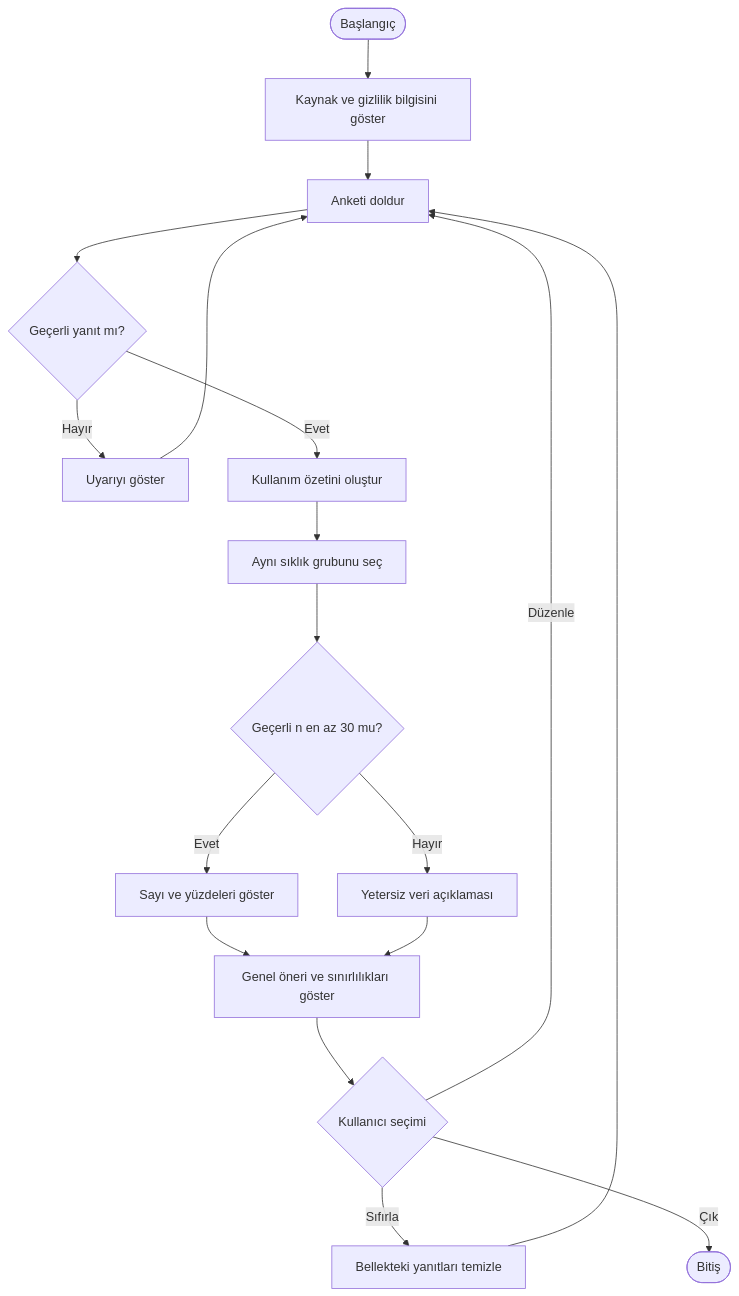
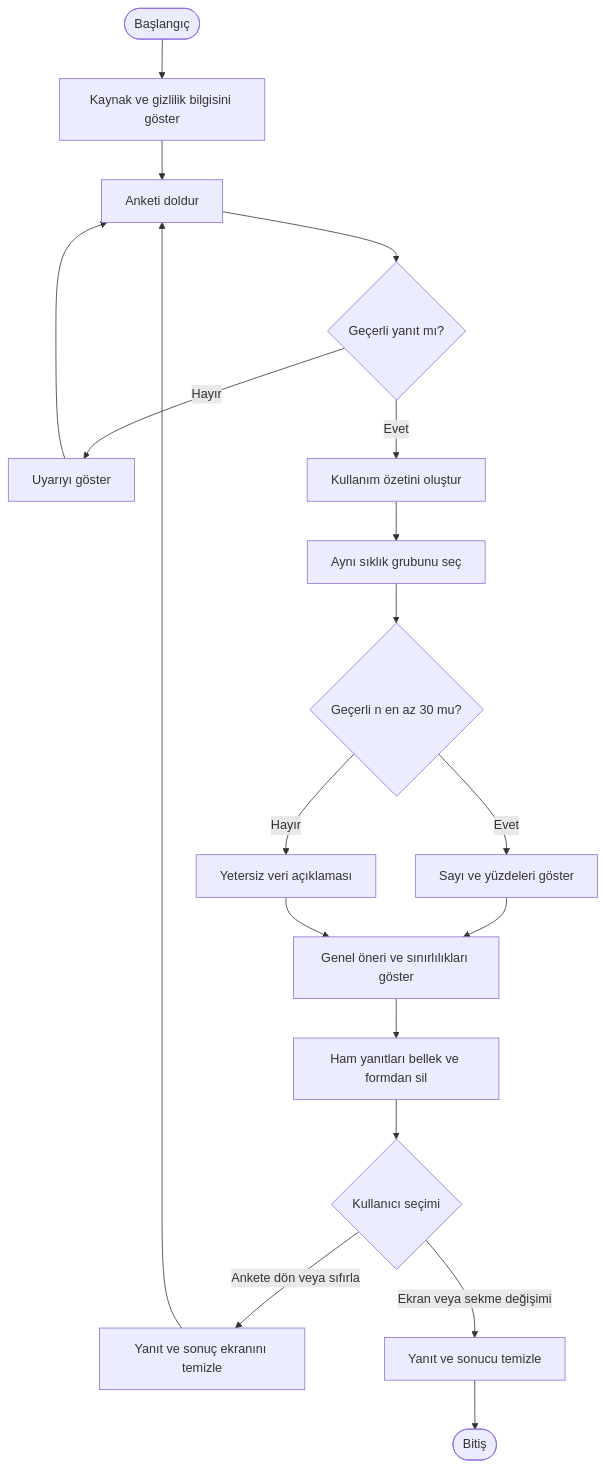
One commit to KeremKilicgedik/Proje-Marmara changed the first of 2 diagrams in docs/tasarim.md. Above: the diagram before and after it, drawn with Mermaid. The commit also changed other lines of this file and 4 other files, not shown here.

````diff
--- a/docs/tasarim.md
+++ b/docs/tasarim.md
@@ -22,20 +22,21 @@
 ```mermaid
 flowchart TD
     A([Başlangıç]) --> B[Kaynak ve gizlilik bilgisini göster]
     B --> C[Anketi doldur]
     C --> D{Geçerli yanıt mı?}
     D -->|Hayır| E[Uyarıyı göster]
     E --> C
     D -->|Evet| F[Kullanım özetini oluştur]
     F --> G[Aynı sıklık grubunu seç]
     G --> H{Geçerli n en az 30 mu?}
     H -->|Evet| I[Sayı ve yüzdeleri göster]
     H -->|Hayır| J[Yetersiz veri açıklaması]
     I --> K[Genel öneri ve sınırlılıkları göster]
     J --> K
-    K --> L{Kullanıcı seçimi}
-    L -->|Düzenle| C
-    L -->|Sıfırla| M[Bellekteki yanıtları temizle]
+    K --> O[Ham yanıtları bellek ve formdan sil]
+    O --> L{Kullanıcı seçimi}
+    L -->|Ankete dön veya sıfırla| M[Yanıt ve sonuç ekranını temizle]
     M --> C
-    L -->|Çık| N([Bitiş])
+    L -->|Ekran veya sekme değişimi| P[Yanıt ve sonucu temizle]
+    P --> N([Bitiş])
 ```
````
